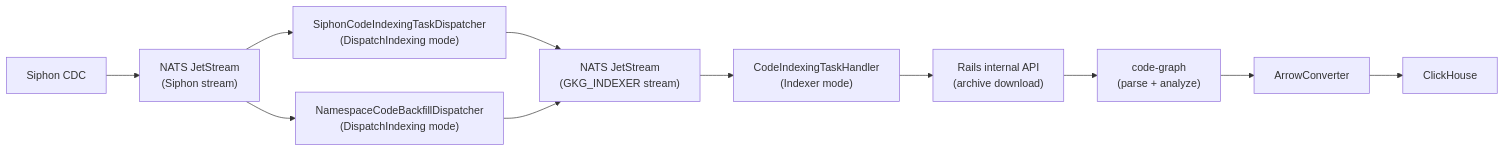
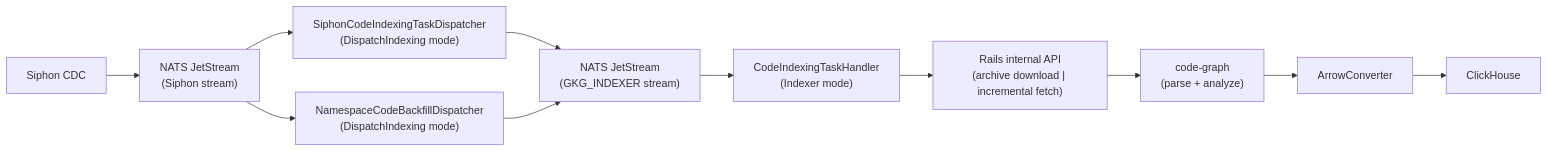
One commit to gitlabhq/orbit-knowledge-graph changed the second of 3 diagrams in docs/design-documents/indexing/code_indexing.md. Above: the diagram before and after it, drawn with Mermaid. The commit also changed other lines of this file and 7 other files, not shown here.

First line of the commit message:
fix(indexer): harden incremental fetch with input validation and safety limits

````diff
--- a/docs/design-documents/indexing/code_indexing.md
+++ b/docs/design-documents/indexing/code_indexing.md
@@ -88,13 +88,13 @@
 ```mermaid
 graph LR
     Siphon["Siphon CDC"] --> ExtNATS["NATS JetStream<br/>(Siphon stream)"]
     ExtNATS --> Dispatcher["SiphonCodeIndexingTaskDispatcher<br/>(DispatchIndexing mode)"]
     ExtNATS --> Backfill["NamespaceCodeBackfillDispatcher<br/>(DispatchIndexing mode)"]
     Dispatcher --> IntNATS["NATS JetStream<br/>(GKG_INDEXER stream)"]
     Backfill --> IntNATS
     IntNATS --> Handler["CodeIndexingTaskHandler<br/>(Indexer mode)"]
-    Handler --> Rails["Rails internal API<br/>(archive download)"]
+    Handler --> Rails["Rails internal API<br/>(archive download | incremental fetch)"]
     Rails --> CodeGraph["code-graph<br/>(parse + analyze)"]
     CodeGraph --> Arrow["ArrowConverter"]
     Arrow --> ClickHouse["ClickHouse"]
 ```
````
